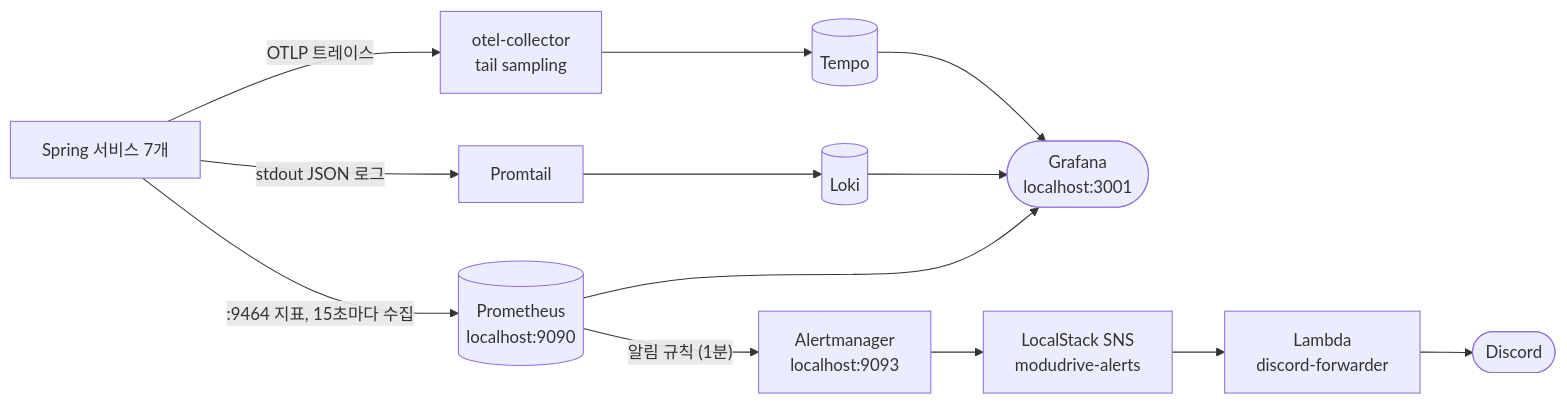
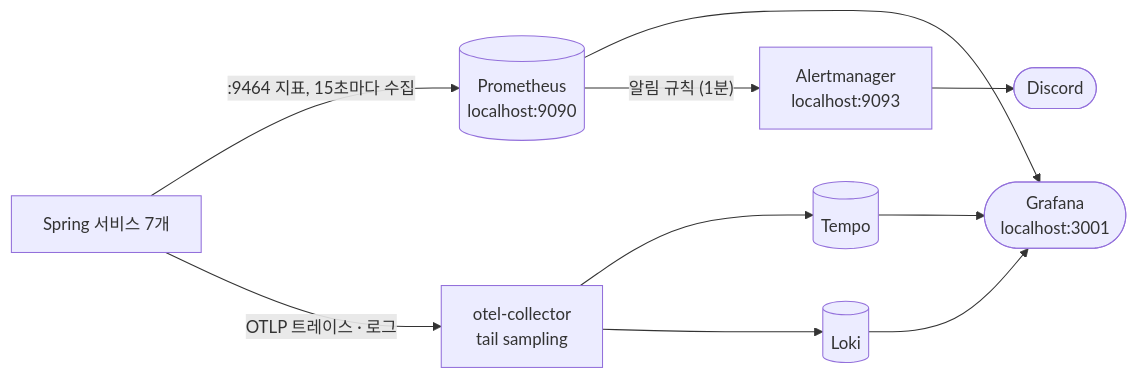
The first of 3 diagrams in .docs/guide/002-observability.md (rivertw777/ModuDrive-API), drawn with Mermaid before and after one commit. The commit also changed other lines of this file and 20 other files, not shown here.

First line of the commit message:
refactor: send local logs over otlp, alerts to discord (#698)

````diff
--- a/.docs/guide/002-observability.md
+++ b/.docs/guide/002-observability.md
@@ -44,20 +44,18 @@
 ```mermaid
 flowchart LR
     S["Spring 서비스 7개"]
     P[("Prometheus<br/>localhost:9090")]
-    PT["Promtail"]
     L[("Loki")]
     C["otel-collector<br/>tail sampling"]
     T[("Tempo")]
     G(["Grafana<br/>localhost:3001"])
     AM["Alertmanager<br/>localhost:9093"]
-    SNS["LocalStack SNS<br/>modudrive-alerts"]
-    LA["Lambda<br/>discord-forwarder"]
     D(["Discord"])
 
     S -- ":9464 지표, 15초마다 수집" --> P
-    S -- "stdout JSON 로그" --> PT --> L
-    S -- "OTLP 트레이스" --> C --> T
+    S -- "OTLP 트레이스 · 로그" --> C
+    C --> T
+    C --> L
     P & L & T --> G
-    P -- "알림 규칙 (1분)" --> AM --> SNS --> LA --> D
+    P -- "알림 규칙 (1분)" --> AM --> D
 ```
````
